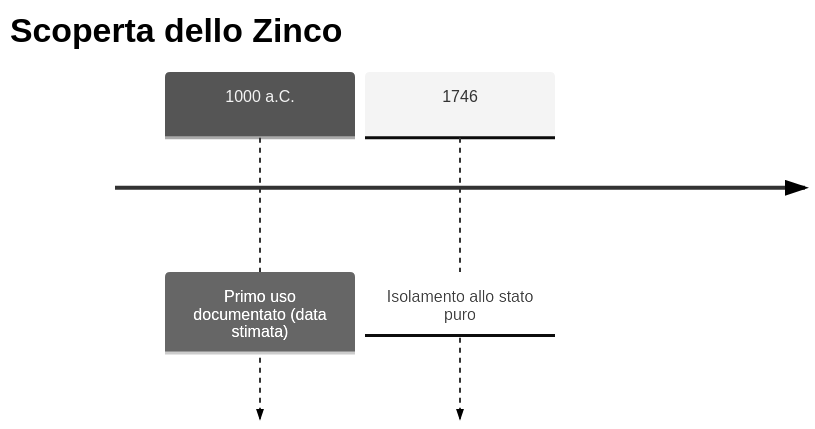
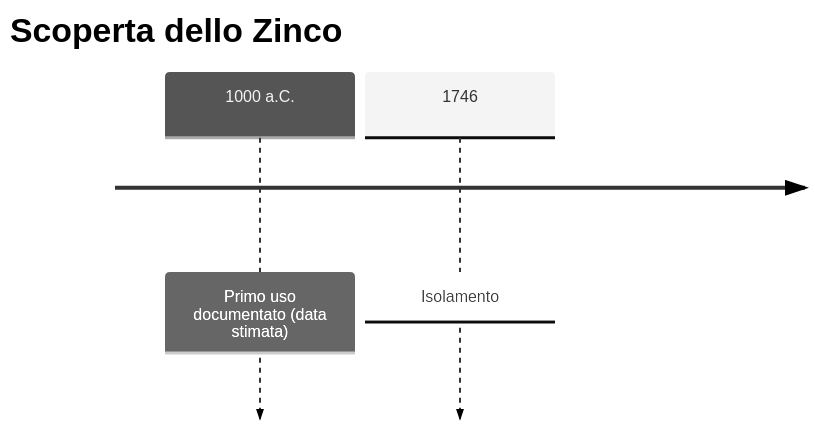
Before and after one commit to gianlucaciarcelluti/elements-caos: the first of 3 diagrams in vault/Elementi/Zinco.md, drawn with Mermaid (neutral theme). The commit also changed 56 other files, not shown here.

````diff
--- a/vault/Elementi/Zinco.md
+++ b/vault/Elementi/Zinco.md
@@ -28,6 +28,6 @@
 ```mermaid
 timeline
     title Scoperta dello Zinco
     1000 a.C. : Primo uso documentato (data stimata)
-    1746 : Isolamento allo stato puro
+    1746 : Isolamento
 ```
````
